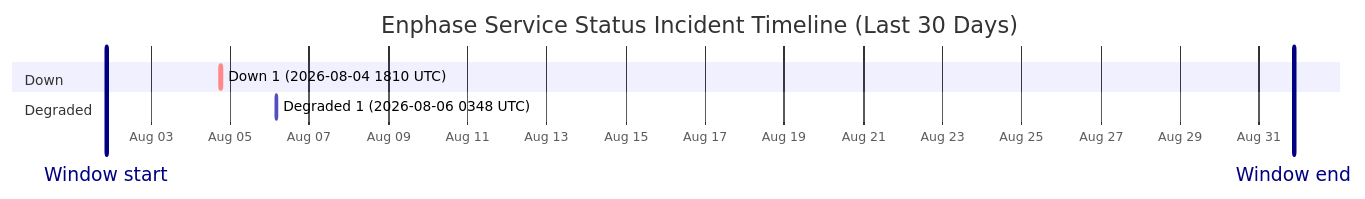
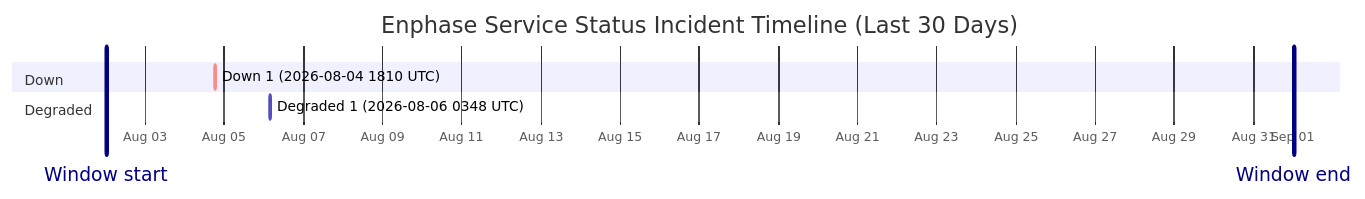
The diagram in wiki/Service-Status-History.md (barneyonline/ha-enphase-energy), drawn with Mermaid before and after one commit. The commit also changed other lines of this file and 3 other files, not shown here.

````diff
--- a/wiki/Service-Status-History.md
+++ b/wiki/Service-Status-History.md
@@ -14,12 +14,12 @@
 ```mermaid
 gantt
     title Enphase Service Status Incident Timeline (Last 30 Days)
     dateFormat  YYYY-MM-DDTHH:mm:ss
     axisFormat  %b %d
-    Window start :vert, window-start, 2026-08-01T20:57:51, 0ms
-    Window end :vert, window-end, 2026-08-31T20:57:51, 0ms
+    Window start :vert, window-start, 2026-08-02T00:29:33, 0ms
+    Window end :vert, window-end, 2026-09-01T00:29:33, 0ms
     section Down
     Down 1 (2026-08-04 1810 UTC) :crit, down-1, 2026-08-04T18:10:46, 60m
     section Degraded
     Degraded 1 (2026-08-06 0348 UTC) :active, degraded-1, 2026-08-06T03:48:14, 60m
 ```
````
